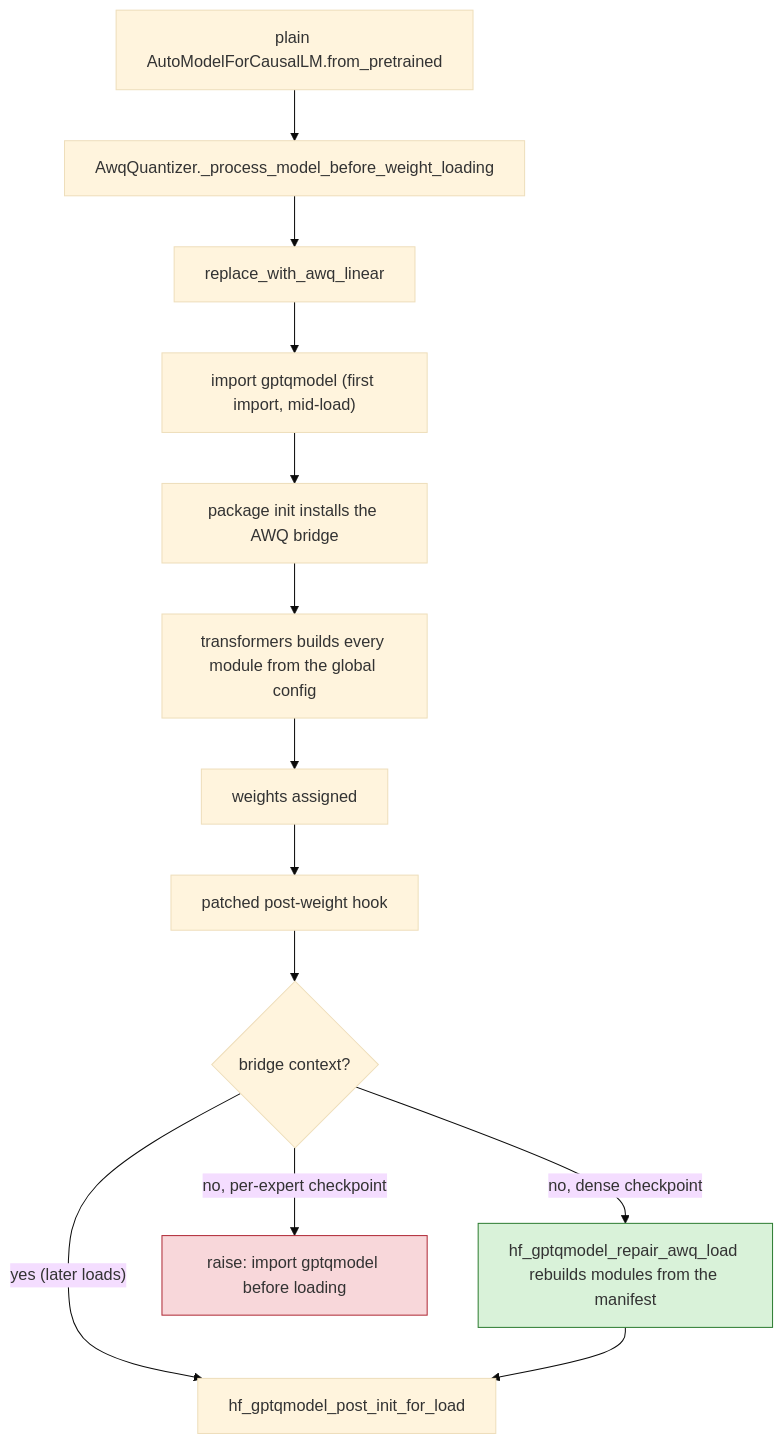
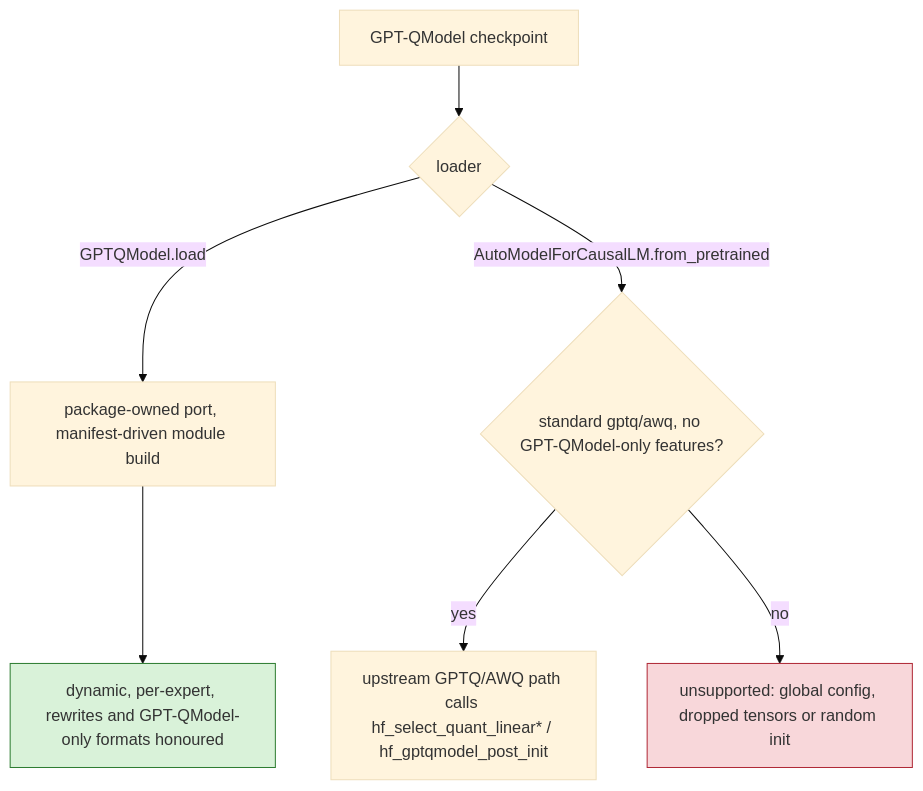
The first of 6 diagrams in docs/hf-interop.md (ModelCloud/GPTQModel), drawn with Mermaid (base theme) before and after one commit. The commit also changed other lines of this file and 2458 other files, not shown here.

First line of the commit message:
Port every supported model onto the Transformers 5.23 ABI; never patch Transformers (#4620)

````diff
--- a/docs/hf-interop.md
+++ b/docs/hf-interop.md
@@ -127,17 +43,11 @@
 ```mermaid
 flowchart TD
-    A["plain AutoModelForCausalLM.from_pretrained"] --> B["AwqQuantizer._process_model_before_weight_loading"]
-    B --> C["replace_with_awq_linear"]
-    C --> D["import gptqmodel (first import, mid-load)"]
-    D --> E["package init installs the AWQ bridge"]
-    E --> F["transformers builds every module from the global config"]
-    F --> G["weights assigned"]
-    G --> H["patched post-weight hook"]
-    H --> I{"bridge context?"}
-    I -->|"no, dense checkpoint"| J["hf_gptqmodel_repair_awq_load rebuilds modules from the manifest"]
-    I -->|"no, per-expert checkpoint"| K["raise: import gptqmodel before loading"]
-    I -->|"yes (later loads)"| L["hf_gptqmodel_post_init_for_load"]
-    J --> L
-    style K fill:#f8d7da,stroke:#b02a37
-    style J fill:#d9f2d9,stroke:#2e7d32
+    A["GPT-QModel checkpoint"] --> B{"loader"}
+    B -->|"GPTQModel.load"| C["package-owned port, manifest-driven module build"]
+    C --> D["dynamic, per-expert, rewrites and GPT-QModel-only formats honoured"]
+    B -->|"AutoModelForCausalLM.from_pretrained"| E{"standard gptq/awq, no GPT-QModel-only features?"}
+    E -->|"yes"| F["upstream GPTQ/AWQ path calls hf_select_quant_linear* / hf_gptqmodel_post_init"]
+    E -->|"no"| G["unsupported: global config, dropped tensors or random init"]
+    style D fill:#d9f2d9,stroke:#2e7d32
+    style G fill:#f8d7da,stroke:#b02a37
 ```
````
